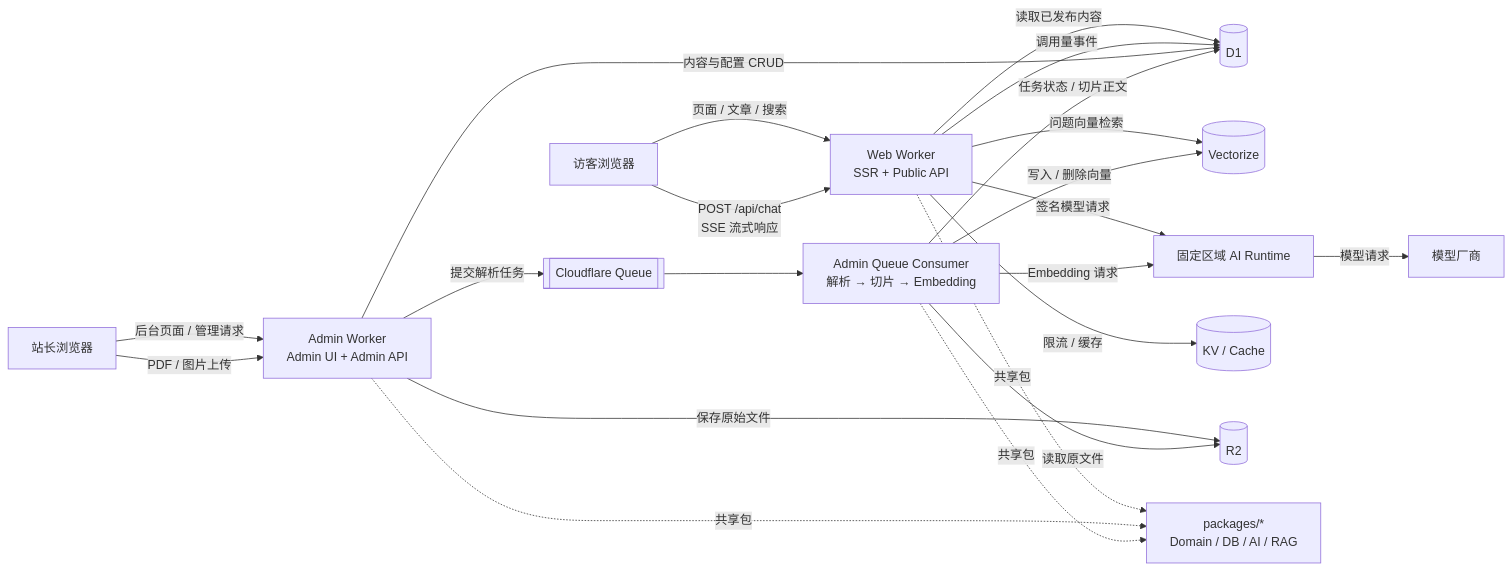
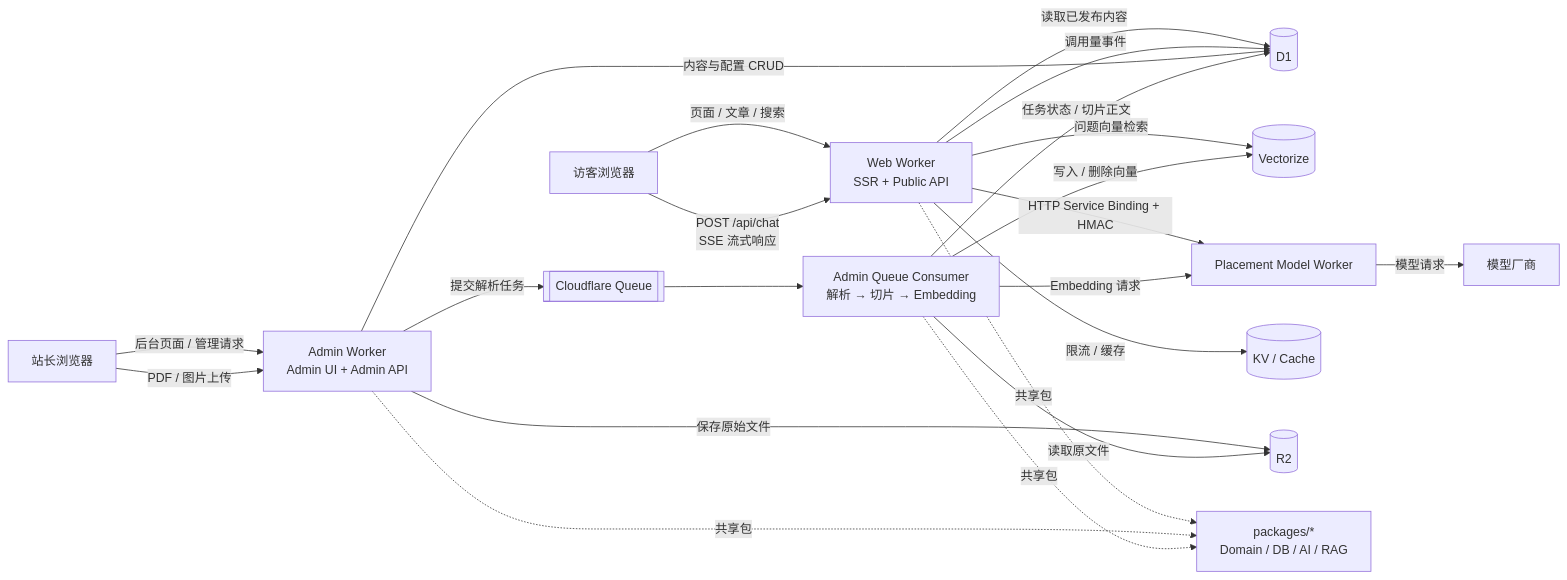
Before and after one commit to Ashy6/Bunshin: the diagram in docs/technical-architecture.md, drawn with Mermaid. The commit also changed other lines of this file and 13 other files, not shown here.

Commit message:
refactor runtime to placement worker

````diff
--- a/docs/technical-architecture.md
+++ b/docs/technical-architecture.md
@@ -36,28 +36,28 @@
 ```mermaid
 flowchart LR
     V[访客浏览器] -->|页面 / 文章 / 搜索| WW[Web Worker\nSSR + Public API]
     V -->|POST /api/chat\nSSE 流式响应| WW
 
     O[站长浏览器] -->|后台页面 / 管理请求| AW[Admin Worker\nAdmin UI + Admin API]
     O -->|PDF / 图片上传| AW
 
     WW -->|读取已发布内容| D1[(D1)]
     WW -->|问题向量检索| VX[(Vectorize)]
-    WW -->|签名模型请求| RT[固定区域 AI Runtime]
+    WW -->|HTTP Service Binding + HMAC| RT[Placement Model Worker]
     RT -->|模型请求| LLM[模型厂商]
     WW -->|调用量事件| D1
     WW -->|限流 / 缓存| KV[(KV / Cache)]
 
     AW -->|内容与配置 CRUD| D1
     AW -->|保存原始文件| R2[(R2)]
     AW -->|提交解析任务| Q[[Cloudflare Queue]]
     Q --> C[Admin Queue Consumer\n解析 → 切片 → Embedding]
     C -->|读取原文件| R2
     C -->|任务状态 / 切片正文| D1
     C -->|写入 / 删除向量| VX
     C -->|Embedding 请求| RT
 
     WW -.共享包.-> P[packages/*\nDomain / DB / AI / RAG]
     AW -.共享包.-> P
     C -.共享包.-> P
 ```
````
